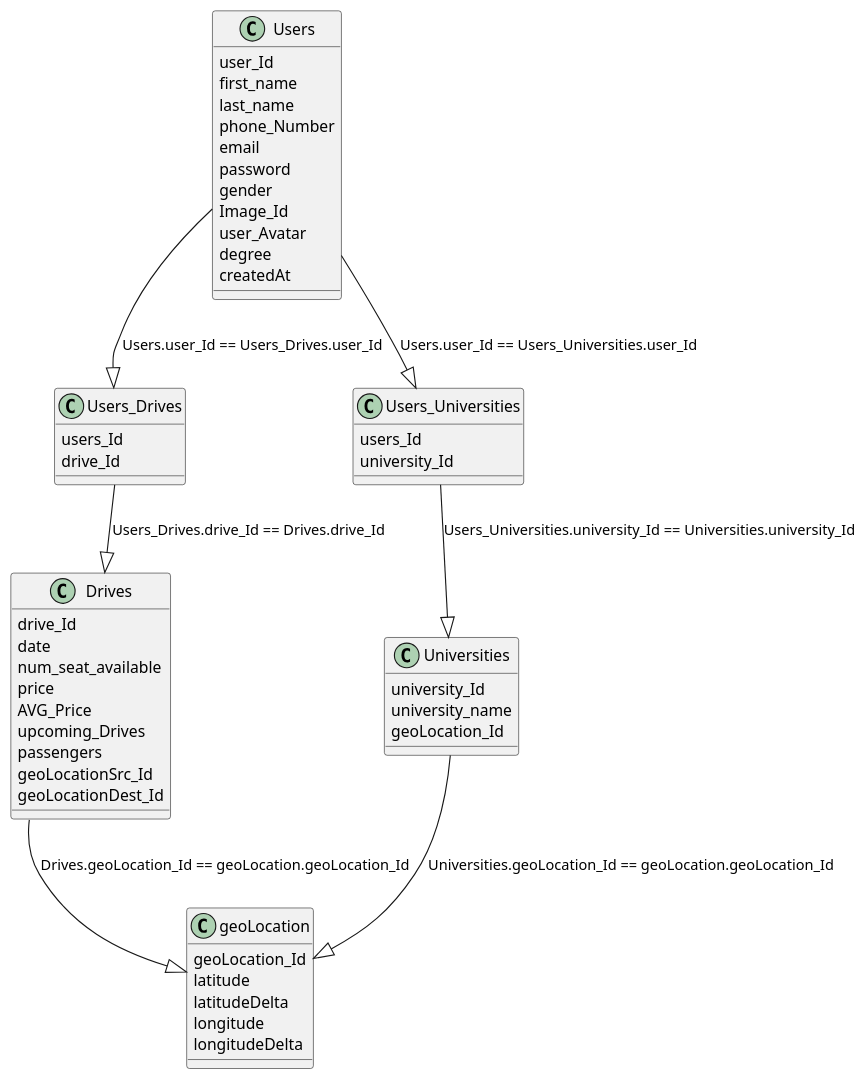
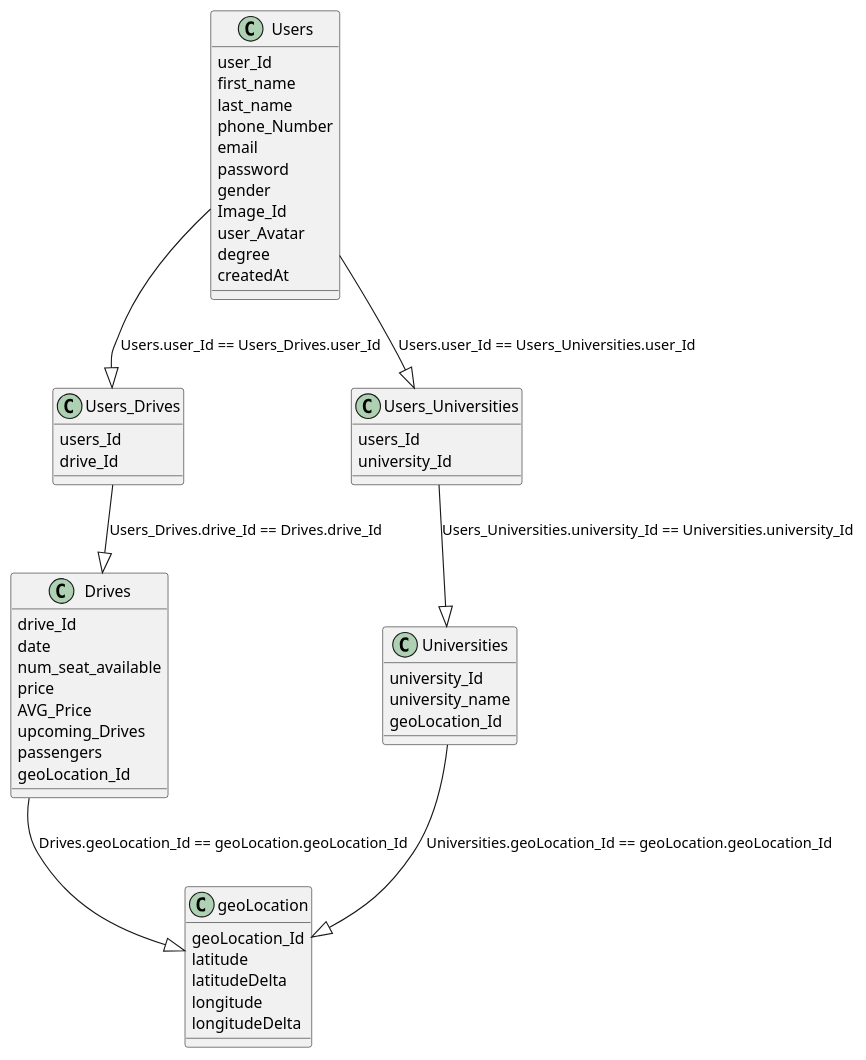
One commit to kfiree/RideShare changed the diagram in client/diagrams/ERD.puml. Above: the diagram before and after it, drawn with PlantUML. The commit also changed 295 other files, not shown here.

```diff
--- a/client/diagrams/ERD.puml
+++ b/client/diagrams/ERD.puml
@@ -2,59 +2,58 @@
 @startuml
 class Users {
     user_Id
     first_name
     last_name
     phone_Number
     email
     password
     gender
     Image_Id
     user_Avatar
     degree
     createdAt
 }
 
 class Drives {
     drive_Id
     date
     num_seat_available
     price
     AVG_Price
     upcoming_Drives
     passengers
-    geoLocationSrc_Id
-    geoLocationDest_Id
+    geoLocation_Id
 }
 
 class Universities {
     university_Id
     university_name
     geoLocation_Id
 }
 class Users_Drives {
     users_Id
     drive_Id
 }
 
 class geoLocation {
     geoLocation_Id
     latitude
     latitudeDelta
     longitude
     longitudeDelta
 }
 class Users_Universities {
     users_Id
     university_Id
 }
 
 Users --|> Users_Universities : Users.user_Id == Users_Universities.user_Id
 Users_Universities--|> Universities : Users_Universities.university_Id == Universities.university_Id
 
 Users --|> Users_Drives: Users.user_Id == Users_Drives.user_Id
 Users_Drives--|> Drives: Users_Drives.drive_Id == Drives.drive_Id
 
 
 Drives --|> geoLocation: Drives.geoLocation_Id == geoLocation.geoLocation_Id
 Universities --|> geoLocation: Universities.geoLocation_Id == geoLocation.geoLocation_Id
 @enduml
```
